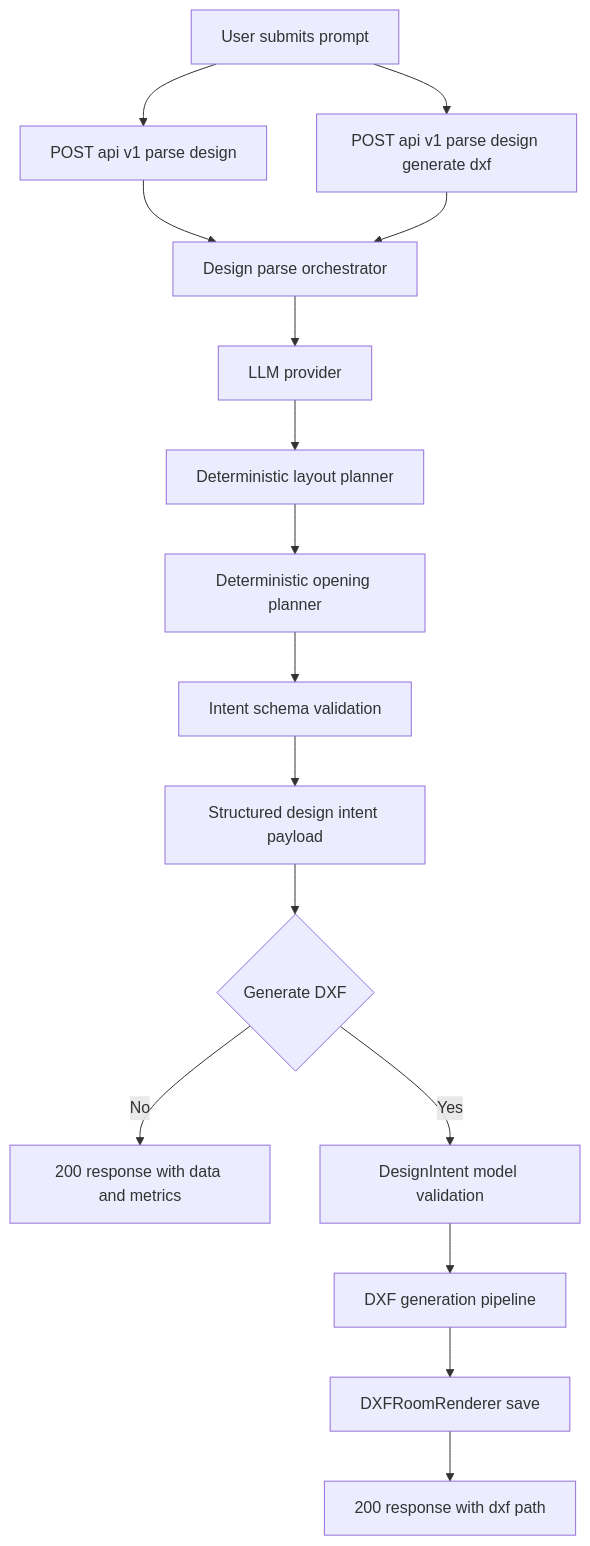
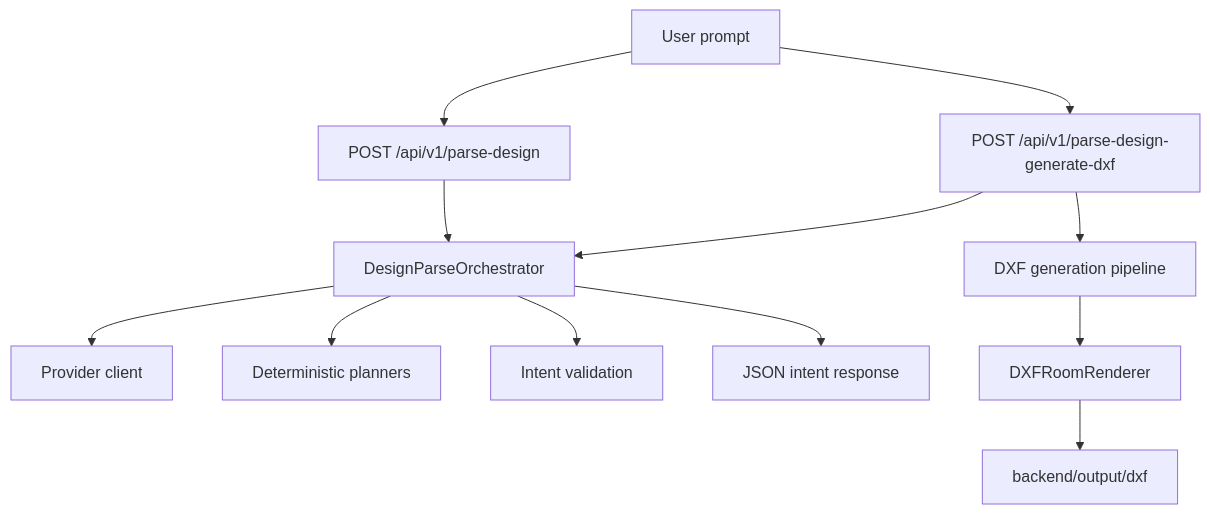
Before and after one commit to Youssefx64/CadArena: the first of 9 diagrams in docs/flow.md, drawn with Mermaid. The commit also changed other lines of this file and 7 other files, not shown here.

````diff
--- a/docs/flow.md
+++ b/docs/flow.md
@@ -27,18 +13,14 @@
 ```mermaid
 flowchart TD
-    A1[User submits prompt] --> B1[POST api v1 parse design]
-    A1 --> C1[POST api v1 parse design generate dxf]
-    B1 --> D1[Design parse orchestrator]
-    C1 --> D1
-    D1 --> E1[LLM provider]
-    E1 --> F1[Deterministic layout planner]
-    F1 --> G1[Deterministic opening planner]
-    G1 --> H1[Intent schema validation]
-    H1 --> I1[Structured design intent payload]
-    I1 --> J1{Generate DXF}
-    J1 -->|No| K1[200 response with data and metrics]
-    J1 -->|Yes| L1[DesignIntent model validation]
-    L1 --> M1[DXF generation pipeline]
-    M1 --> N1[DXFRoomRenderer save]
-    N1 --> O1[200 response with dxf path]
+    A[User prompt] --> B[POST /api/v1/parse-design]
+    A --> C[POST /api/v1/parse-design-generate-dxf]
+    B --> D[DesignParseOrchestrator]
+    C --> D
+    D --> E[Provider client]
+    D --> F[Deterministic planners]
+    D --> G[Intent validation]
+    D --> H[JSON intent response]
+    C --> I[DXF generation pipeline]
+    I --> J[DXFRoomRenderer]
+    J --> K[backend/output/dxf]
 ```
````
